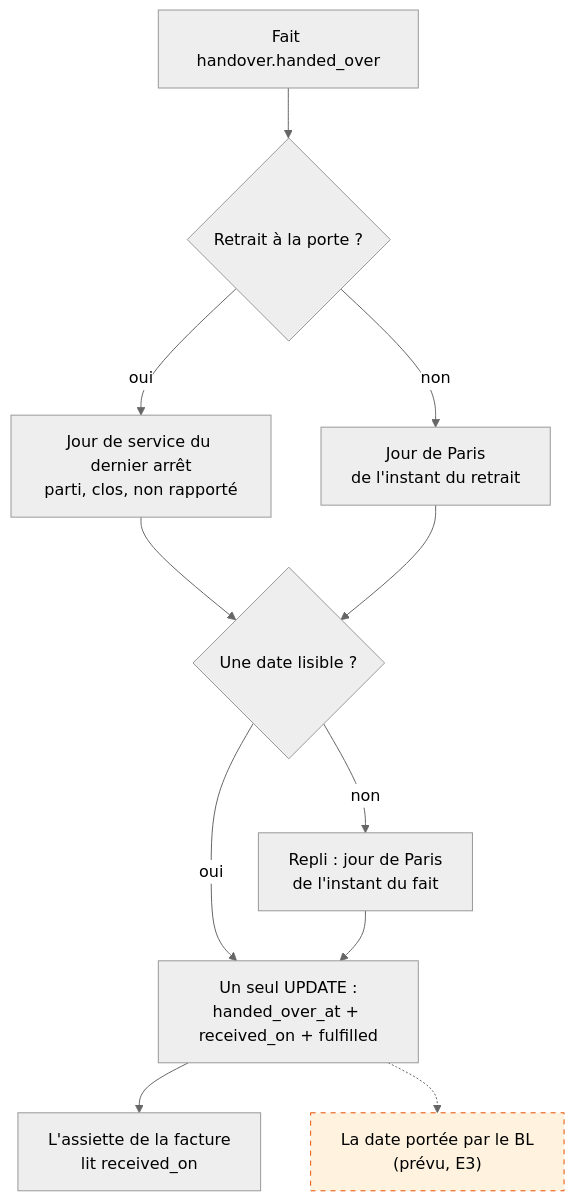
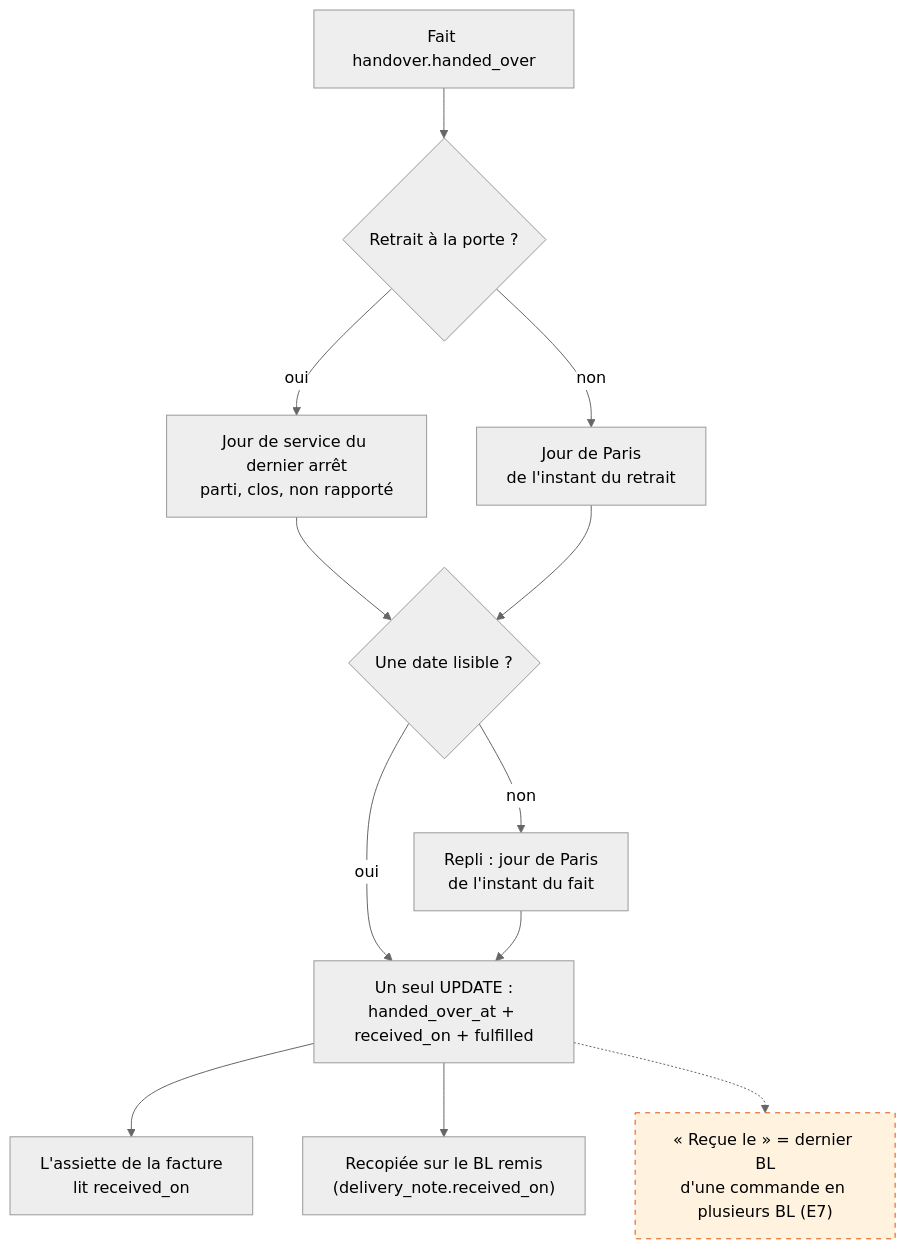
The sixth of 11 diagrams in documentation/commandes/parcours-complet.md (hugoheynard/lfd), drawn with Mermaid (neutral theme) before and after one commit. The commit also changed other lines of this file and 113 other files, not shown here.

````diff
--- a/documentation/commandes/parcours-complet.md
+++ b/documentation/commandes/parcours-complet.md
@@ -216,14 +252,15 @@
 ```mermaid
 flowchart TD
     F["Fait handover.handed_over"] --> W{"Retrait à la porte ?"}
     W -->|"oui"| D1["Jour de service du dernier arrêt<br/>parti, clos, non rapporté"]
     W -->|"non"| D2["Jour de Paris<br/>de l'instant du retrait"]
     D1 --> N{"Une date lisible ?"}
     D2 --> N
     N -->|"non"| D3["Repli : jour de Paris<br/>de l'instant du fait"]
     N -->|"oui"| U["Un seul UPDATE :<br/>handed_over_at + received_on + fulfilled"]
     D3 --> U
     U --> INV["L'assiette de la facture<br/>lit received_on"]
-    U -.-> BLD["La date portée par le BL<br/>(prévu, E3)"]:::prevu
+    U --> BLD["Recopiée sur le BL remis<br/>(delivery_note.received_on)"]
+    U -.-> LAST["« Reçue le » = dernier BL<br/>d'une commande en plusieurs BL (E7)"]:::prevu
     classDef prevu fill:#fff3e0,stroke:#e65100,stroke-dasharray: 5 5
 ```
````
